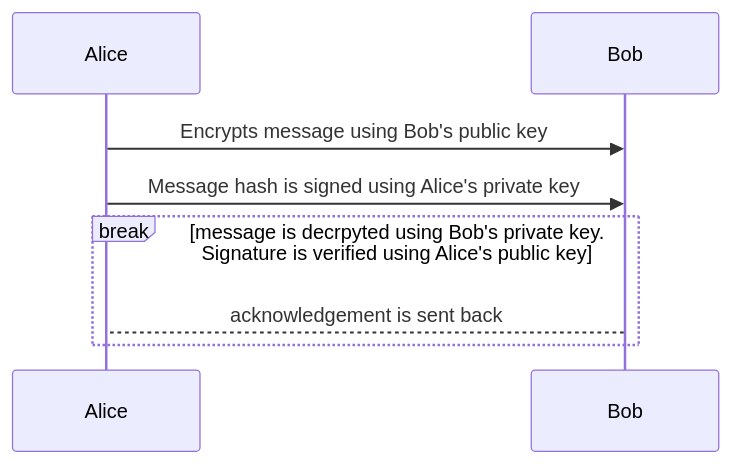
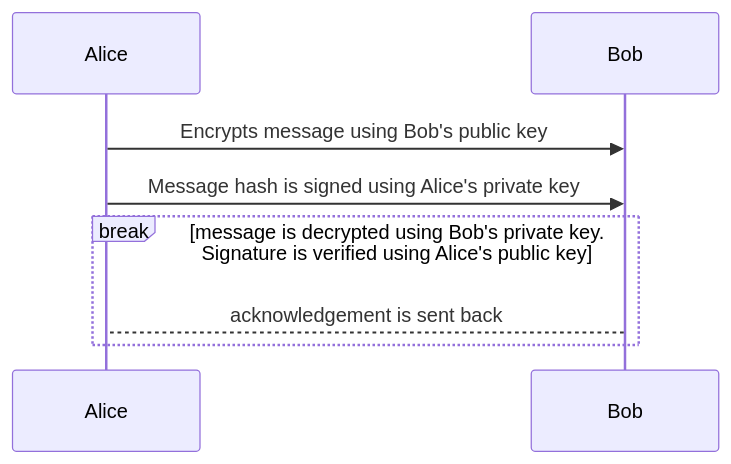
The diagram in content/posts/rsa-cipher.md (MichalBrylka/michalbrylka.github.io), drawn with Mermaid before and after one commit. The commit also changed other lines of this file and 10 other files, not shown here.

```diff
--- a/content/posts/rsa-cipher.md
+++ b/content/posts/rsa-cipher.md
@@ -16,10 +16,10 @@
 {{< mermaid >}}
 sequenceDiagram
     participant Alice
     participant Bob
     Alice ->> Bob: Encrypts message using Bob's public key
     Alice ->> Bob: Message hash is signed using Alice's private key
-    break message is decrpyted using Bob's private key. Signature is verified using Alice's public key
+    break message is decrypted using Bob's private key. Signature is verified using Alice's public key
         Bob-->Alice: acknowledgement is sent back
     end
 {{< /mermaid >}}
```
